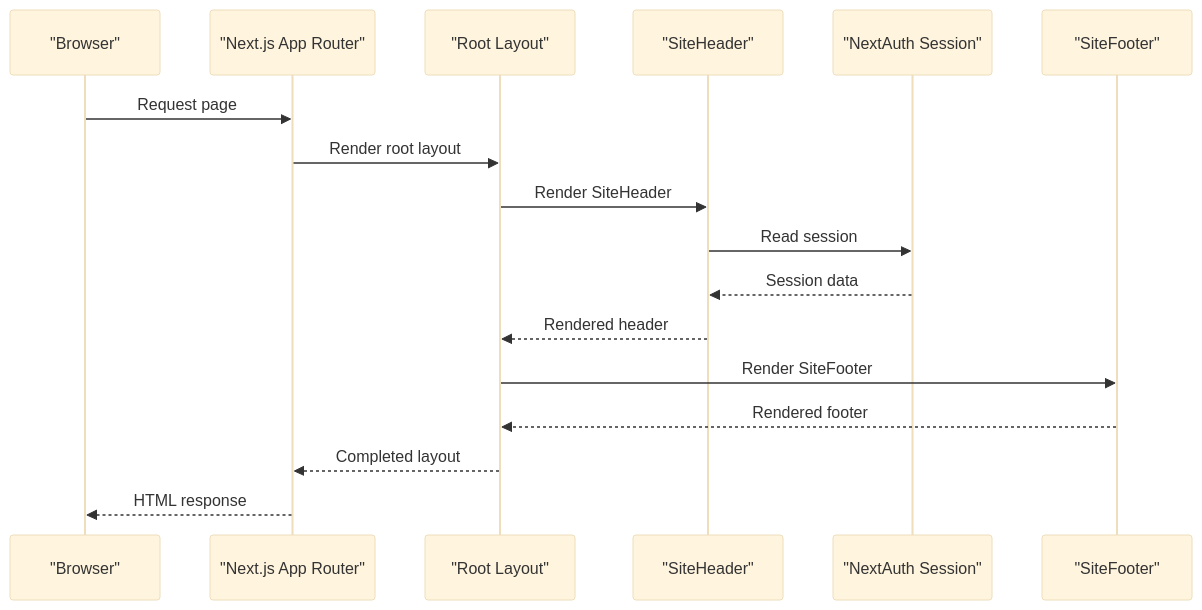
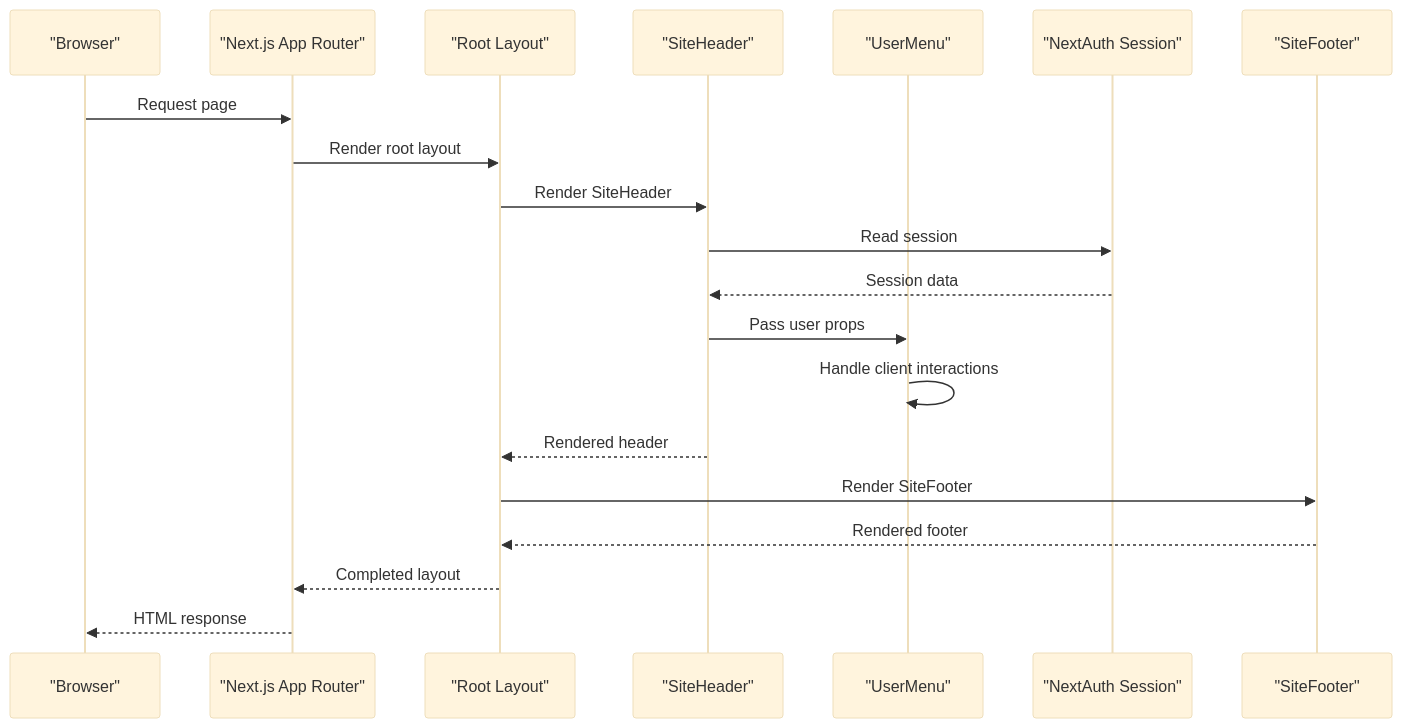
One commit to gyamposudodzi/Timberland changed the second of 6 diagrams in .qoder/repowiki/en/content/UI Components/Layout Components.md. Above: the diagram before and after it, drawn with Mermaid (base theme). The commit also changed other lines of this file and 78 other files, not shown here.

````diff
--- a/.qoder/repowiki/en/content/UI Components/Layout Components.md
+++ b/.qoder/repowiki/en/content/UI Components/Layout Components.md
@@ -80,19 +102,22 @@
 ```mermaid
 sequenceDiagram
 participant Browser as "Browser"
 participant NextJS as "Next.js App Router"
 participant Root as "Root Layout"
 participant Header as "SiteHeader"
+participant UserMenu as "UserMenu"
 participant Auth as "NextAuth Session"
 participant Footer as "SiteFooter"
 Browser->>NextJS : Request page
 NextJS->>Root : Render root layout
 Root->>Header : Render SiteHeader
 Header->>Auth : Read session
 Auth-->>Header : Session data
+Header->>UserMenu : Pass user props
+UserMenu->>UserMenu : Handle client interactions
 Header-->>Root : Rendered header
 Root->>Footer : Render SiteFooter
 Footer-->>Root : Rendered footer
 Root-->>NextJS : Completed layout
 NextJS-->>Browser : HTML response
 ```
````
